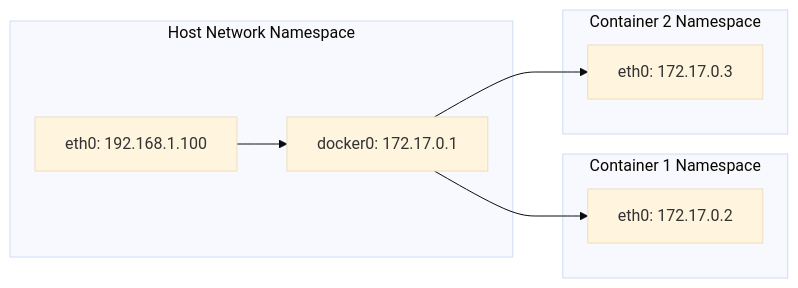
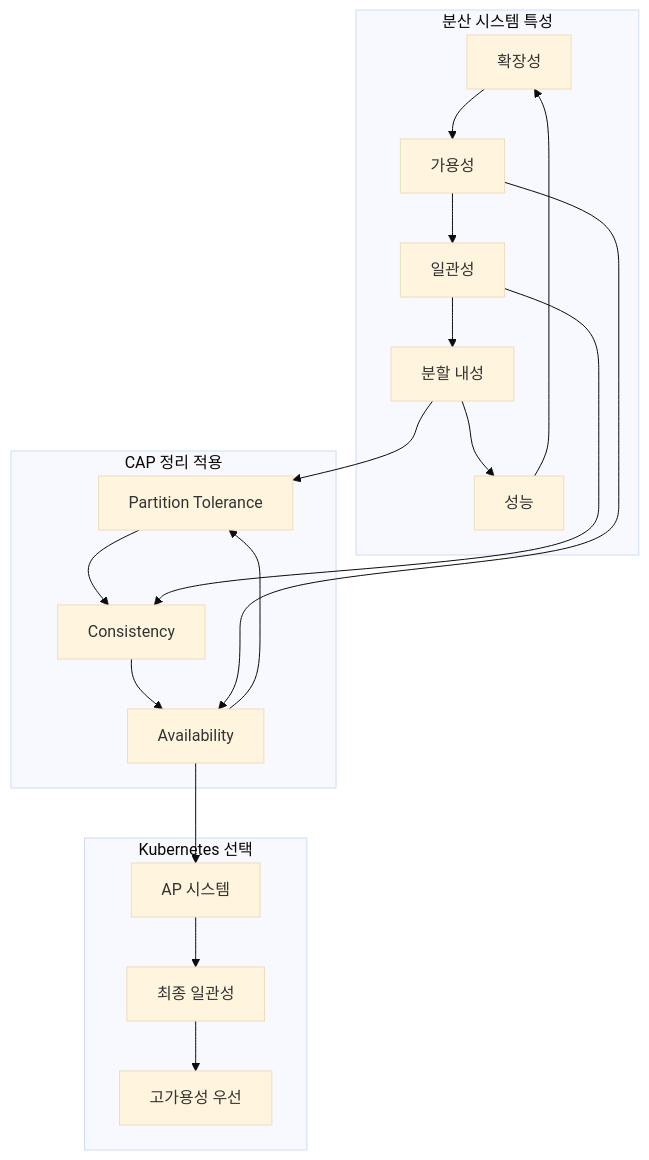
One commit to niceguy61/kdt_devops_lecture_2025 changed the third of 5 diagrams in week_02/day_01/session_03.md. Above: the diagram before and after it, drawn with Mermaid (base theme). The commit also changed other lines of this file and 38 other files, not shown here.

````diff
--- a/week_02/day_01/session_03.md
+++ b/week_02/day_01/session_03.md
@@ -121,19 +129,26 @@
 ```mermaid
-graph LR
-    subgraph "Host Network Namespace"
-        A[eth0: 192.168.1.100]
-        B[docker0: 172.17.0.1]
+graph TB
+    subgraph "분산 시스템 특성"
+        A[확장성] --> B[가용성]
+        B --> C[일관성]
+        C --> D[분할 내성]
+        D --> E[성능]
+        E --> A
     end
     
-    subgraph "Container 1 Namespace"
-        C[eth0: 172.17.0.2]
+    subgraph "CAP 정리 적용"
+        F[Consistency] --> G[Availability]
+        G --> H[Partition Tolerance]
+        H --> F
     end
     
-    subgraph "Container 2 Namespace"
-        D[eth0: 172.17.0.3]
+    subgraph "Kubernetes 선택"
+        I[AP 시스템] --> J[최종 일관성]
+        J --> K[고가용성 우선]
     end
     
-    B --> C
-    B --> D
-    A --> B
+    C --> F
+    B --> G
+    D --> H
+    G --> I
 ```
````
